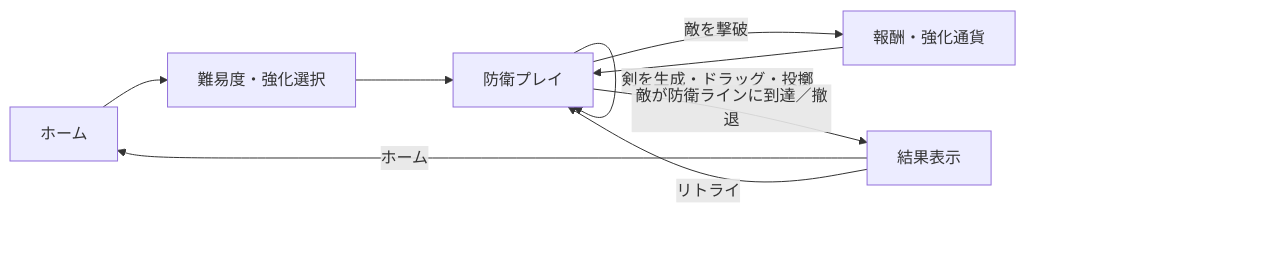
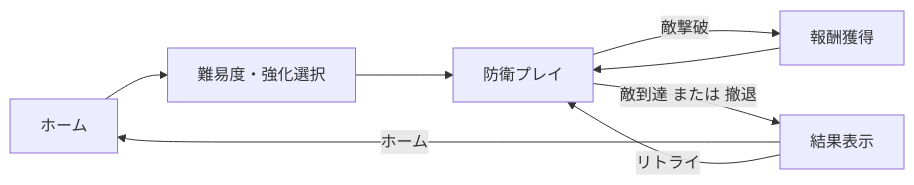
Before and after one commit to HinataPiyo/SwordSlicer: the diagram in Documentation/GameOverview.md, drawn with Mermaid. The commit also changed other lines of this file and 9 other files, not shown here.

````diff
--- a/Documentation/GameOverview.md
+++ b/Documentation/GameOverview.md
@@ -29,11 +18,10 @@
 ```mermaid
 flowchart LR
     H[ホーム] --> D[難易度・強化選択]
     D --> G[防衛プレイ]
-    G -->|剣を生成・ドラッグ・投擲| G
-    G -->|敵を撃破| R[報酬・強化通貨]
+    G -->|敵撃破| R[報酬獲得]
     R --> G
-    G -->|敵が防衛ラインに到達／撤退| E[結果表示]
+    G -->|敵到達 または 撤退| E[結果表示]
     E -->|ホーム| H
     E -->|リトライ| G
 ```
````
